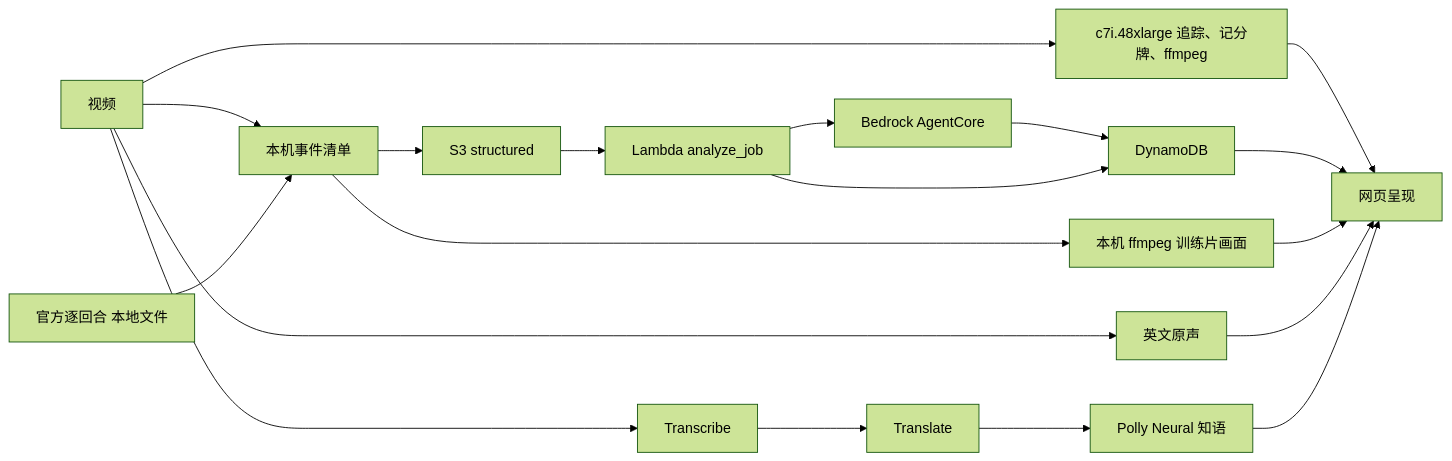
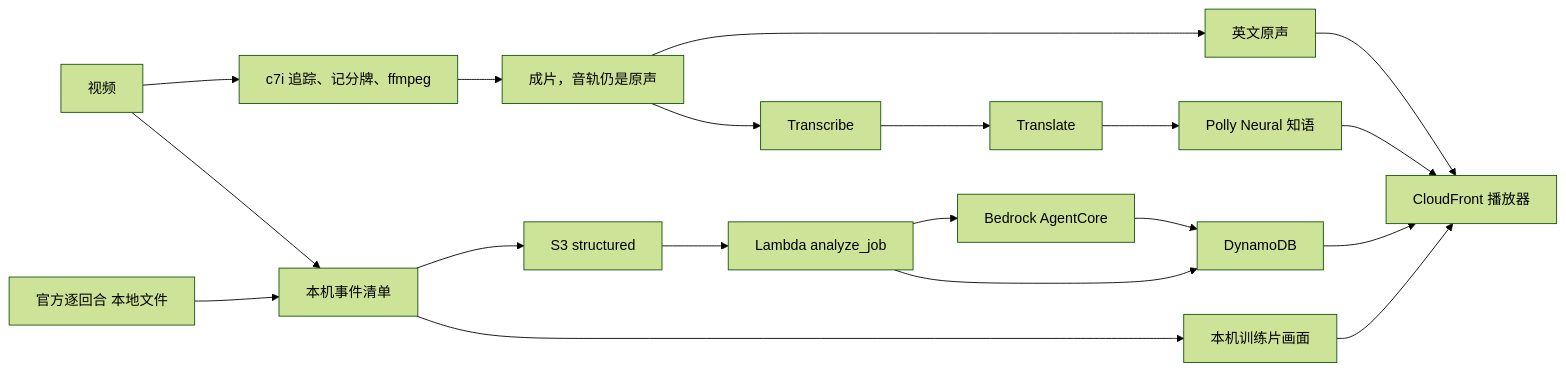
Before and after one commit to Max-lzp/Agent-NBA: the diagram in docs/pipeline-map.md, drawn with Mermaid (forest theme). The commit also changed other lines of this file and 14 other files, not shown here.

````diff
--- a/docs/pipeline-map.md
+++ b/docs/pipeline-map.md
@@ -8,21 +8,21 @@
 ```mermaid
 flowchart LR
-  video[视频] --> cloud[c7i.48xlarge 追踪、记分牌、ffmpeg]
-  cloud --> page[网页呈现]
+  video[视频] --> machine[c7i 追踪、记分牌、ffmpeg]
+  machine --> film[成片，音轨仍是原声]
+  film --> en[英文原声]
+  film --> asr[Transcribe]
+  asr --> zhwords[Translate]
+  zhwords --> polly[Polly Neural 知语]
+  en --> page[CloudFront 播放器]
+  polly --> page
   video --> stream[本机事件清单]
   official[官方逐回合 本地文件] --> stream
   stream --> s3[S3 structured]
   s3 --> analyze[Lambda analyze_job]
   analyze --> agent[Bedrock AgentCore]
   agent --> ddb[DynamoDB]
   analyze --> ddb
   ddb --> page
-  stream --> cut[本机 ffmpeg 训练片画面]
+  stream --> cut[本机训练片画面]
   cut --> page
-  video --> en[英文原声]
-  video --> asr[Transcribe]
-  asr --> zhwords[Translate]
-  zhwords --> polly[Polly Neural 知语]
-  en --> page
-  polly --> page
 ```
````
